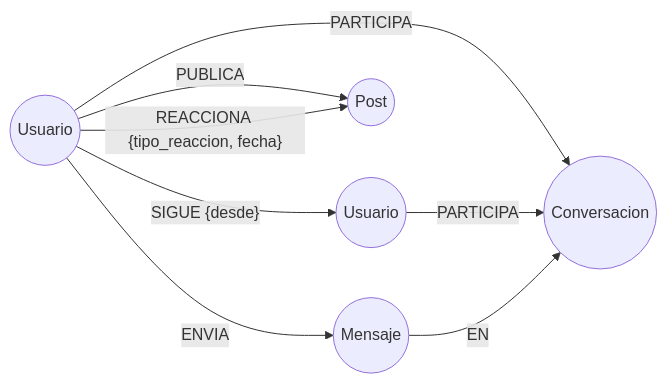
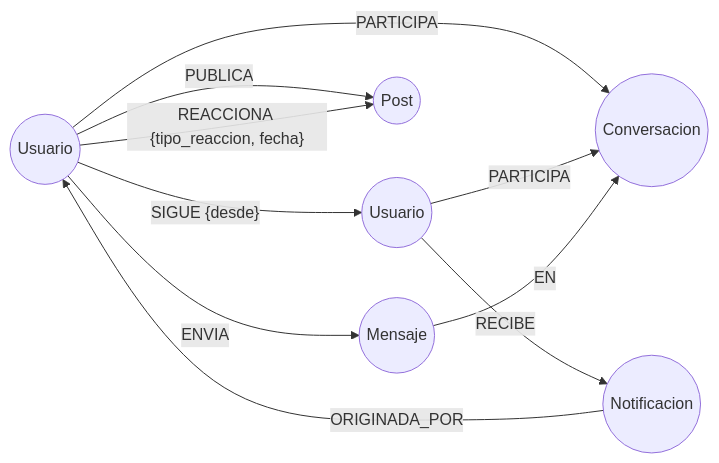
One commit to SaidJuniorProgrammer/red-social-distribuida changed the diagram in docs/modelo-grafo.md. Above: the diagram before and after it, drawn with Mermaid. The commit also changed other lines of this file and 2 other files, not shown here.

Commit message:
Atiende review del PR #45: dedup seguro ante concurrencia y diagrama
- Usa clave_dedup con constraint de unicidad; el MERGE sobre esa propiedad evita duplicados incluso en creacion concurrente (CodeRabbit Major)
- Agrega Notificacion y relaciones RECIBE/ORIGINADA_POR al diagrama Mermaid (CodeRabbit Minor)
- Validado contra Neo4j: crear, repetir con otro id no duplica, una sola notificacion por clave

````diff
--- a/docs/modelo-grafo.md
+++ b/docs/modelo-grafo.md
@@ -19,16 +19,19 @@
 ```mermaid
 graph LR
     U1(("Usuario"))
     U2(("Usuario"))
     P(("Post"))
     C(("Conversacion"))
     M(("Mensaje"))
+    N(("Notificacion"))
 
     U1 -- "SIGUE {desde}" --> U2
     U1 -- "PUBLICA" --> P
     U1 -- "REACCIONA {tipo_reaccion, fecha}" --> P
     U1 -- "PARTICIPA" --> C
     U2 -- "PARTICIPA" --> C
     U1 -- "ENVIA" --> M
     M  -- "EN" --> C
+    U2 -- "RECIBE" --> N
+    N  -- "ORIGINADA_POR" --> U1
 ```
````
